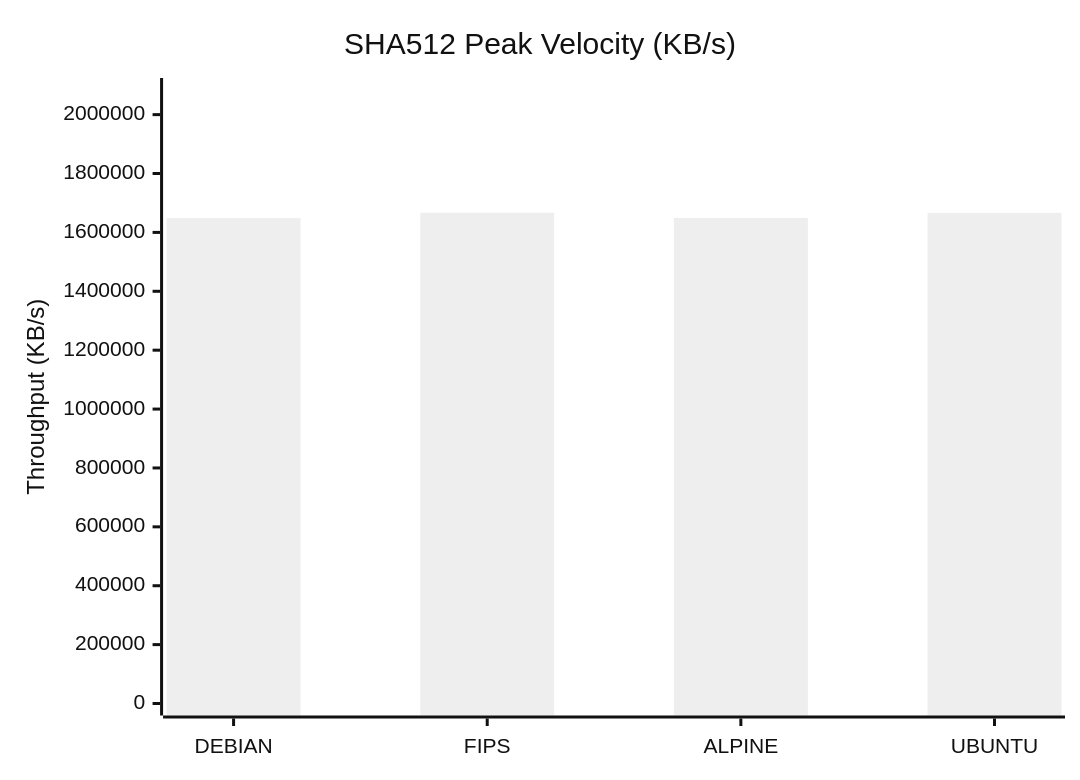
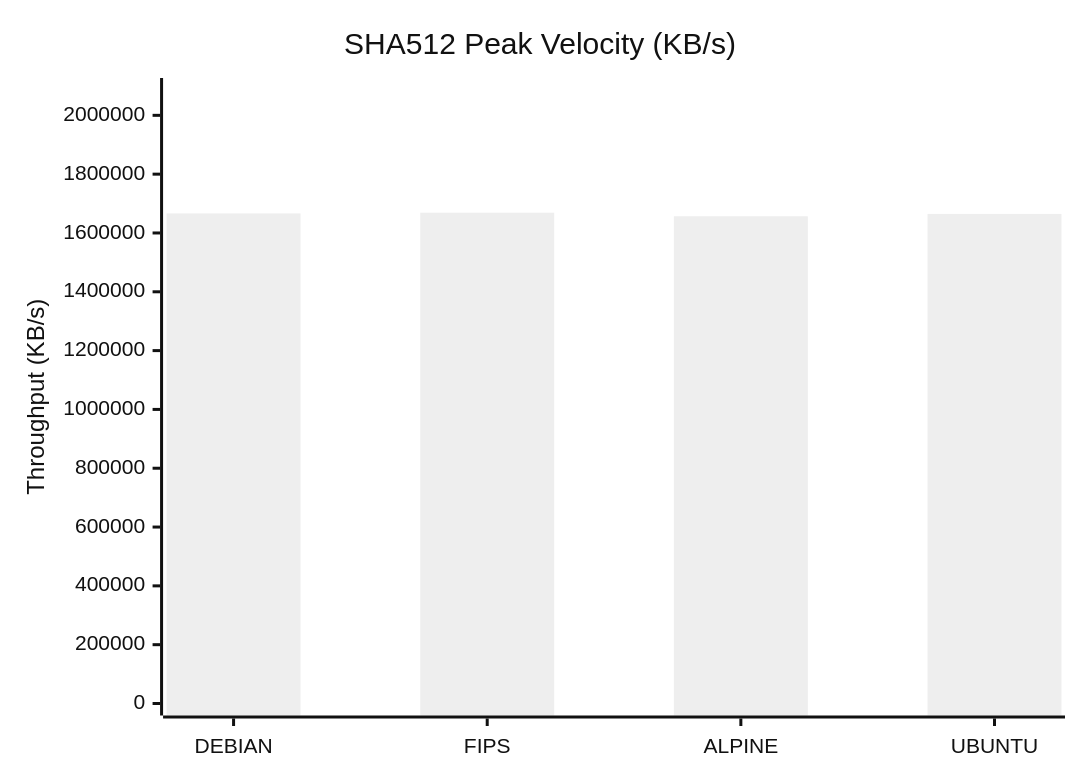
Before and after one commit to taha2samy/openssl_fips: the fourth of 9 diagrams in docs/Comparison_Report.md, drawn with Mermaid (neutral theme). The commit also changed other lines of this file and 2 other files, not shown here.

````diff
--- a/docs/Comparison_Report.md
+++ b/docs/Comparison_Report.md
@@ -83,7 +83,7 @@
 ```mermaid
 xychart-beta
     title "SHA512 Peak Velocity (KB/s)"
     x-axis [DEBIAN, FIPS, ALPINE, UBUNTU]
-    y-axis "Throughput (KB/s)" 0 --> 2083665
-    bar [1648369.66, 1666932.74, 1649115.14, 1666441.22]
+    y-axis "Throughput (KB/s)" 0 --> 2086164
+    bar [1666424.83, 1668931.58, 1656766.46, 1664786.43]
 ```
````
